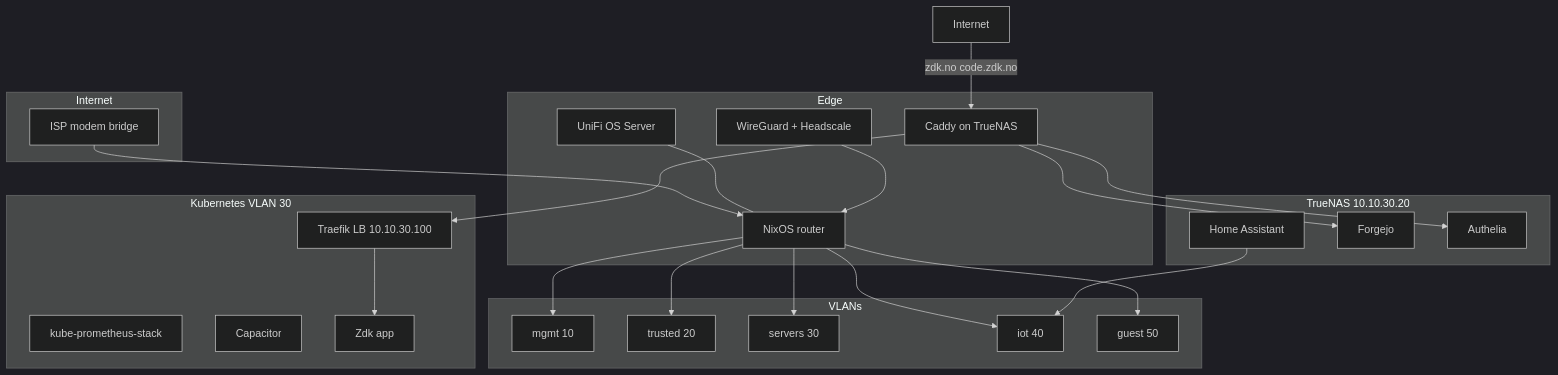
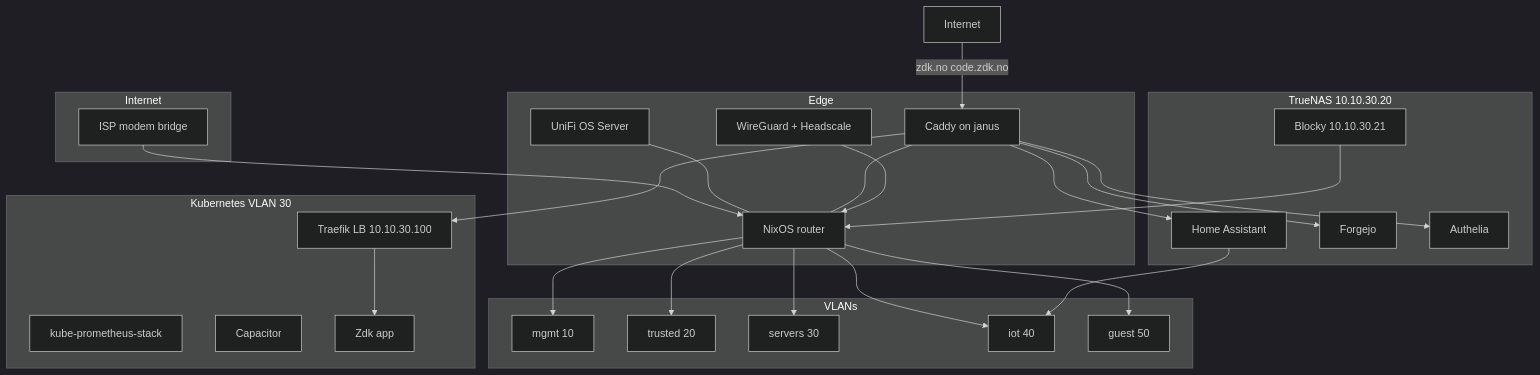
The first of 3 diagrams in docs/architecture.md (sknutsen/network), drawn with Mermaid (dark theme) before and after one commit. The commit also changed other lines of this file and 13 other files, not shown here.

````diff
--- a/docs/architecture.md
+++ b/docs/architecture.md
@@ -7,45 +7,49 @@
 ```mermaid
 flowchart TB
   subgraph internet [Internet]
     ISP[ISP modem bridge]
   end
 
   subgraph edge [Edge]
     Router[NixOS router]
     UniFi[UniFi OS Server]
     WG[WireGuard + Headscale]
-    Caddy[Caddy on TrueNAS]
+    Caddy[Caddy on janus]
   end
 
   subgraph vlans [VLANs]
     MGMT[mgmt 10]
     TRUSTED[trusted 20]
     SERVERS[servers 30]
     IOT[iot 40]
     GUEST[guest 50]
   end
 
   subgraph truenas [TrueNAS 10.10.30.20]
     HA[Home Assistant]
     Forgejo[Forgejo]
     Authelia[Authelia]
+    Blocky[Blocky 10.10.30.21]
   end
 
   subgraph k8s [Kubernetes VLAN 30]
     Traefik[Traefik LB 10.10.30.100]
     Obs[kube-prometheus-stack]
     Cap[Capacitor]
     Zdk[Zdk app]
   end
 
   ISP --> Router
   UniFi --- Router
+  Caddy --- Router
   Router --> MGMT & TRUSTED & SERVERS & IOT & GUEST
   WG --> Router
   Caddy --> Traefik
   Caddy --> Forgejo
   Caddy --> Authelia
+  Caddy --> HA
+  Blocky --> Router
   Traefik --> Zdk
   HA --> IOT
   InternetUsers[Internet] -->|zdk.no code.zdk.no| Caddy
 ```
````
